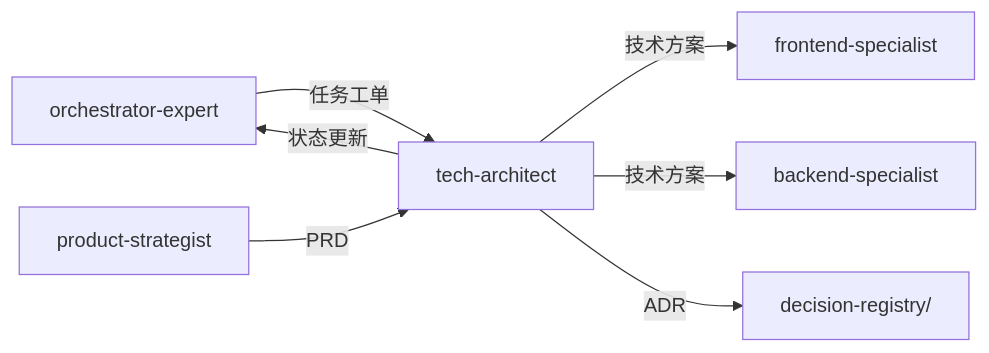
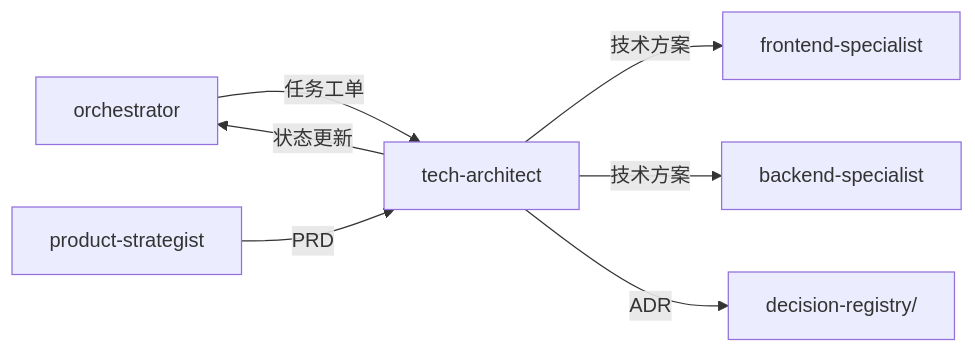
Before and after one commit to Tooooommy/Trae-Workflow: the diagram in skills/tech-architect/SKILL.md, drawn with Mermaid. The commit also changed other lines of this file and 21 other files, not shown here.

First line of the commit message:
refactor(skills): rename orchestrator-expert to orchestrator and update paths

````diff
--- a/skills/tech-architect/SKILL.md
+++ b/skills/tech-architect/SKILL.md
@@ -86,9 +86,9 @@
 ```mermaid
 flowchart LR
-    A[orchestrator-expert] -->|任务工单| B[tech-architect]
+    A[orchestrator] -->|任务工单| B[tech-architect]
     C[product-strategist] -->|PRD| B
     B -->|技术方案| D[frontend-specialist]
     B -->|技术方案| E[backend-specialist]
     B -->|ADR| F[decision-registry/]
     B -->|状态更新| A
 ```
````
